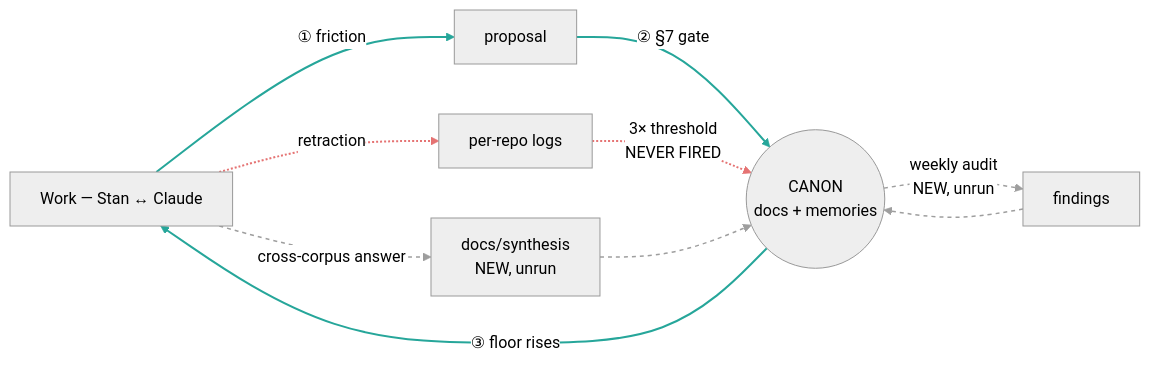
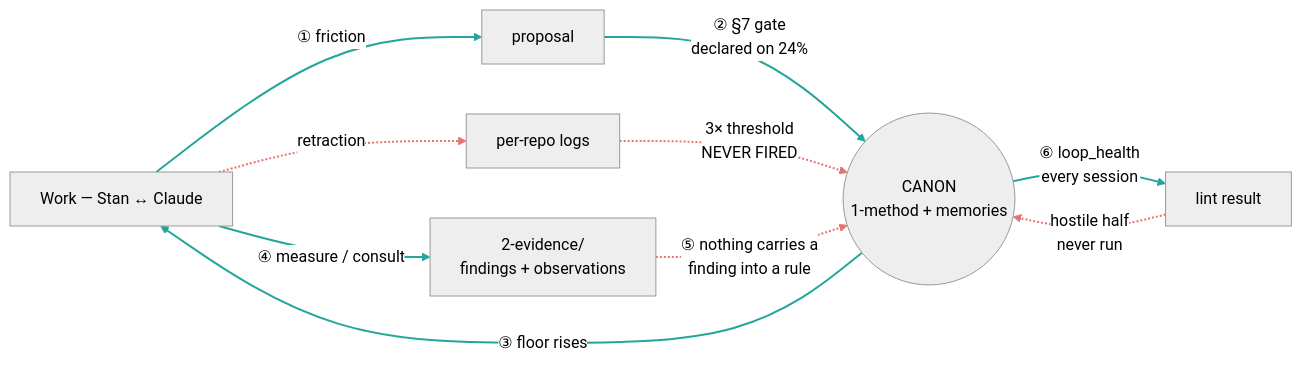
Before and after one commit to bibleman-stan/atu-method: the first of 7 diagrams in 4-process/improvement-loops.md, drawn with Mermaid (neutral theme). The commit also changed other lines of this file and 1 other file, not shown here.

````diff
--- a/4-process/improvement-loops.md
+++ b/4-process/improvement-loops.md
@@ -21,16 +21,15 @@
 ```mermaid
 %%{init: {"flowchart": {"useMaxWidth": true}} }%%
 flowchart LR
     W["Work — Stan ↔ Claude"] -->|"① friction"| P["proposal"]
-    P -->|"② §7 gate"| C(("CANON<br/>docs + memories"))
+    P -->|"② §7 gate<br/>declared on 24%"| C(("CANON<br/>1-method + memories"))
     C -->|"③ floor rises"| W
+    W -->|"④ measure / consult"| EV["2-evidence/<br/>findings + observations"]
     W -.->|"retraction"| L["per-repo logs"]
     L -.->|"3× threshold<br/>NEVER FIRED"| C
-    W -.->|"cross-corpus answer"| S["docs/synthesis<br/>NEW, unrun"]
-    S -.-> C
-    C -.->|"weekly audit<br/>NEW, unrun"| A["findings"]
-    A -.-> C
-    linkStyle 0,1,2 stroke:#26A69A,stroke-width:2px
-    linkStyle 3,4 stroke:#E57373,stroke-width:2px
-    linkStyle 5,6,7,8 stroke:#9E9E9E,stroke-width:1.5px,stroke-dasharray:4
+    EV -.->|"⑤ nothing carries a<br/>finding into a rule"| C
+    C -->|"⑥ loop_health<br/>every session"| A["lint result"]
+    A -.->|"hostile half<br/>never run"| C
+    linkStyle 0,1,2,3,7 stroke:#26A69A,stroke-width:2px
+    linkStyle 4,5,6,8 stroke:#E57373,stroke-width:2px
 ```
````
